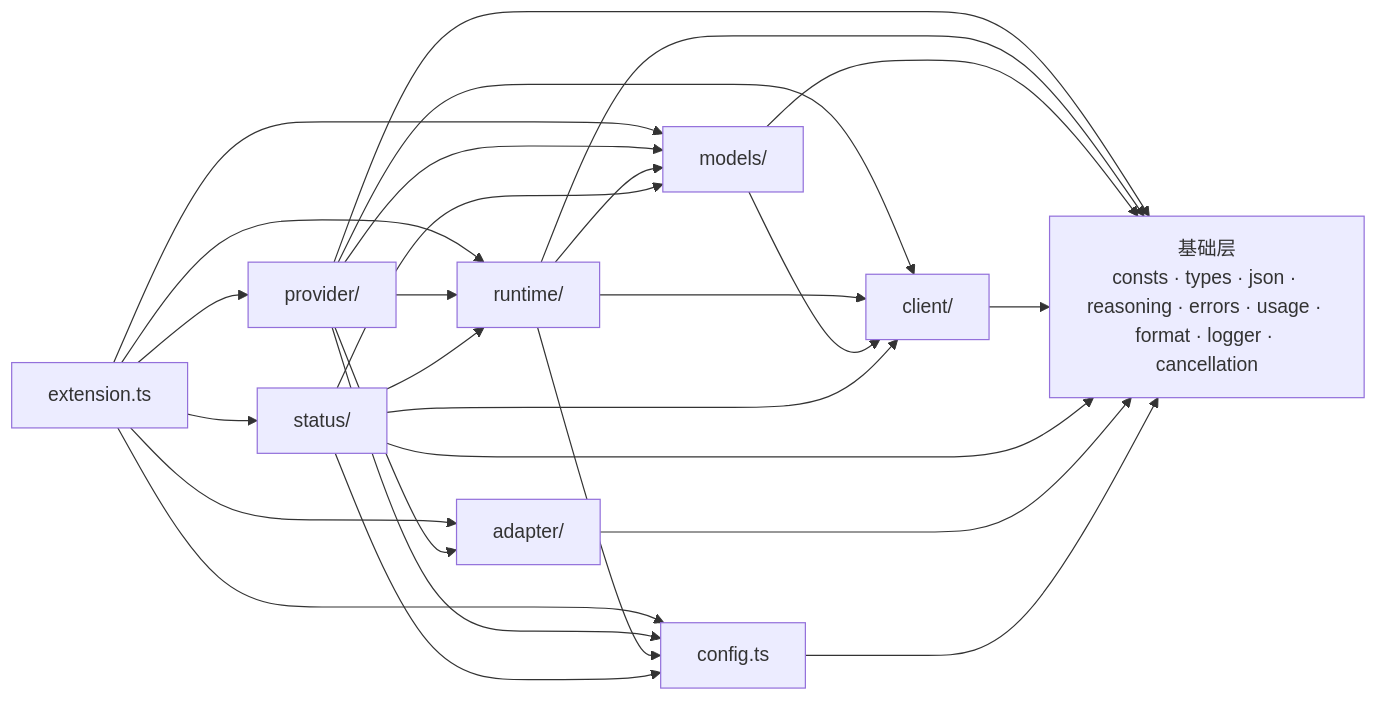
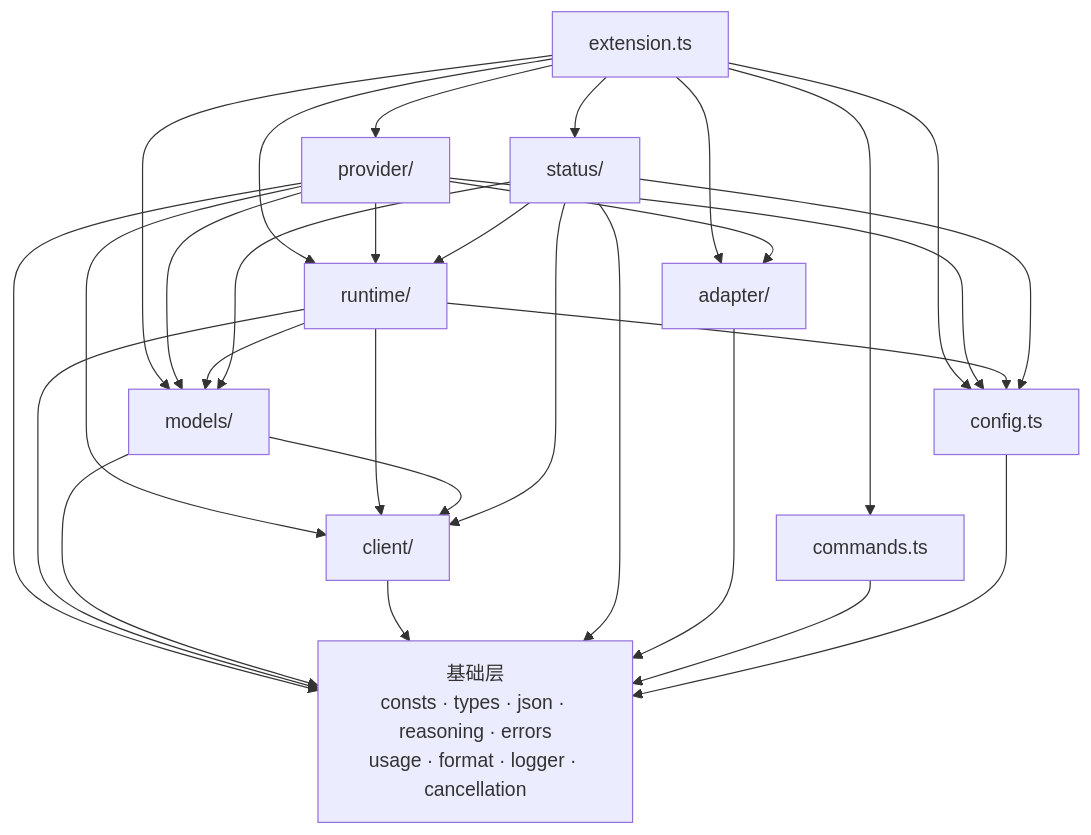
The second of 2 diagrams in docs/ARCHITECTURE.md (zephyraluco/newapi-copilot-chat), drawn with Mermaid before and after one commit. The commit also changed other lines of this file and 1 other file, not shown here.

First line of the commit message:
docs: rewrite the architecture doc and trim the README

````diff
--- a/docs/ARCHITECTURE.md
+++ b/docs/ARCHITECTURE.md
@@ -263,39 +149,42 @@
 ```mermaid
-flowchart LR
+flowchart TD
     ext["extension.ts"]
+    cmd["commands.ts"]
     provider["provider/"]
+    status["status/"]
+    adapter["adapter/"]
     runtime["runtime/"]
     models["models/"]
     client["client/"]
-    adapter["adapter/"]
-    status["status/"]
     config["config.ts"]
-    base["基础层<br/>consts · types · json · reasoning · errors · usage · format · logger · cancellation"]
+    base["基础层<br/>consts · types · json · reasoning · errors<br/>usage · format · logger · cancellation"]
 
+    ext --> cmd
     ext --> provider
     ext --> status
     ext --> adapter
+    ext --> runtime
+    ext --> models
     ext --> config
-    ext --> models
-    ext --> runtime
     provider --> runtime
     provider --> models
     provider --> client
     provider --> adapter
     provider --> config
     runtime --> models
     runtime --> client
     runtime --> config
     models --> client
     status --> runtime
     status --> models
     status --> client
     status --> config
     provider --> base
     runtime --> base
     models --> base
     client --> base
     status --> base
     adapter --> base
+    cmd --> base
     config --> base
 ```
````
